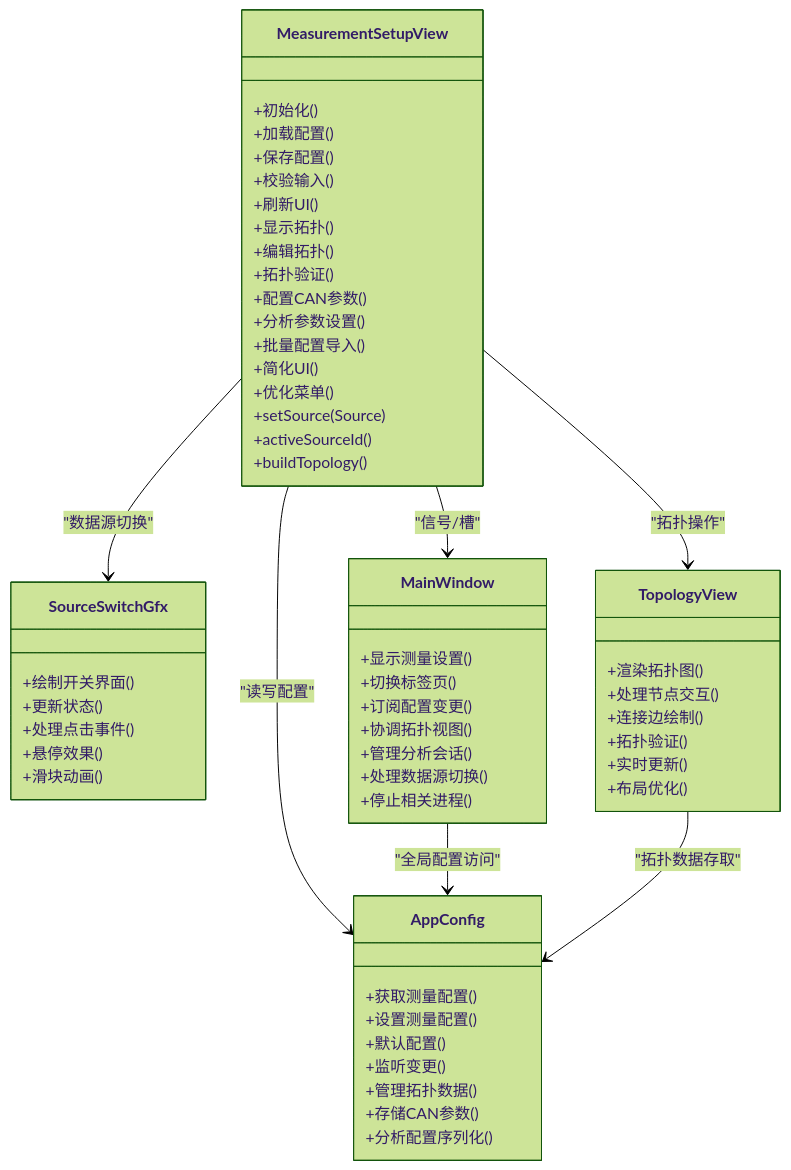
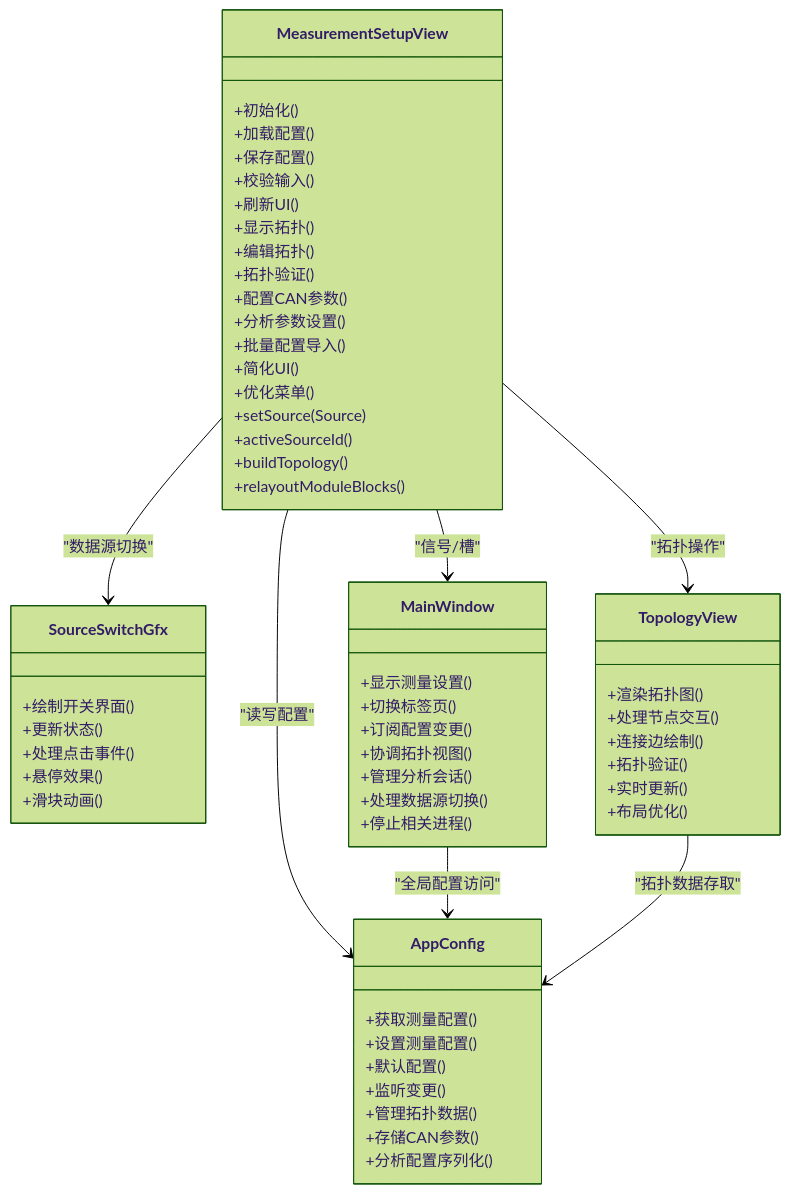
Before and after one commit to jakecai1225-design/OpenBus: the second of 9 diagrams in .qoder/repowiki/zh/content/架构设计/UI系统设计/测量设置视图组件.md, drawn with Mermaid (forest theme). The commit also changed other lines of this file and 5 other files, not shown here.

````diff
--- a/.qoder/repowiki/zh/content/架构设计/UI系统设计/测量设置视图组件.md
+++ b/.qoder/repowiki/zh/content/架构设计/UI系统设计/测量设置视图组件.md
@@ -106,60 +108,61 @@
 ```mermaid
 classDiagram
 class MeasurementSetupView {
 +初始化()
 +加载配置()
 +保存配置()
 +校验输入()
 +刷新UI()
 +显示拓扑()
 +编辑拓扑()
 +拓扑验证()
 +配置CAN参数()
 +分析参数设置()
 +批量配置导入()
 +简化UI()
 +优化菜单()
 +setSource(Source)
 +activeSourceId()
 +buildTopology()
++relayoutModuleBlocks()
 }
 class SourceSwitchGfx {
 +绘制开关界面()
 +更新状态()
 +处理点击事件()
 +悬停效果()
 +滑块动画()
 }
 class MainWindow {
 +显示测量设置()
 +切换标签页()
 +订阅配置变更()
 +协调拓扑视图()
 +管理分析会话()
 +处理数据源切换()
 +停止相关进程()
 }
 class AppConfig {
 +获取测量配置()
 +设置测量配置()
 +默认配置()
 +监听变更()
 +管理拓扑数据()
 +存储CAN参数()
 +分析配置序列化()
 }
 class TopologyView {
 +渲染拓扑图()
 +处理节点交互()
 +连接边绘制()
 +拓扑验证()
 +实时更新()
 +布局优化()
 }
 MeasurementSetupView --> MainWindow : "信号/槽"
 MeasurementSetupView --> SourceSwitchGfx : "数据源切换"
 MeasurementSetupView --> AppConfig : "读写配置"
 MeasurementSetupView --> TopologyView : "拓扑操作"
 MainWindow --> AppConfig : "全局配置访问"
 Topolog yView --> AppConfig : "拓扑数据存取"
 ```
````
